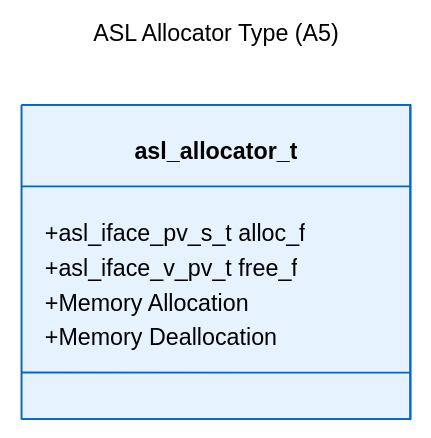
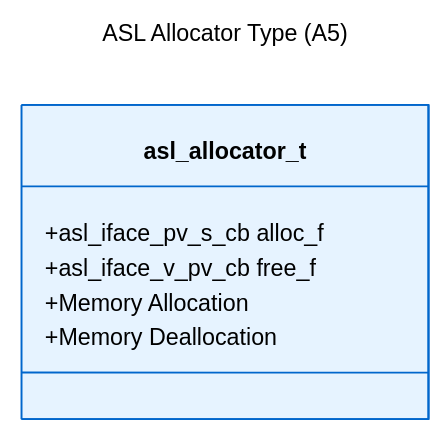
Before and after one commit to ABD-01/quantum-harmony: the second of 2 diagrams in architecture/logical_view_types_memory.md, drawn with Mermaid. The commit also changed other lines of this file and 67 other files, not shown here.

````diff
--- a/architecture/logical_view_types_memory.md
+++ b/architecture/logical_view_types_memory.md
@@ -103,27 +103,27 @@
 ```mermaid
 ---
 title: ASL Allocator Type (A5)
 config:
   theme: base
   themeVariables:
     background: "#ffffff"
     primaryColor: "#e6f3ff"
     primaryTextColor: "#000000"
     primaryBorderColor: "#0066cc"
     lineColor: "#000000"
     secondaryColor: "#f0f0f0"
     tertiaryColor: "#cccccc"
     fontFamily: "arial"
     fontSize: "12px"
 ---
 classDiagram
     class asl_allocator_t {
-        +asl_iface_pv_s_t alloc_f
-        +asl_iface_v_pv_t free_f
+        +asl_iface_pv_s_cb alloc_f
+        +asl_iface_v_pv_cb free_f
         +Memory Allocation
         +Memory Deallocation
     }
     
     classDef mem fill:#e6f3ff,stroke:#0066cc,stroke-width:2px
     class asl_allocator_t:::mem
 ```
````
